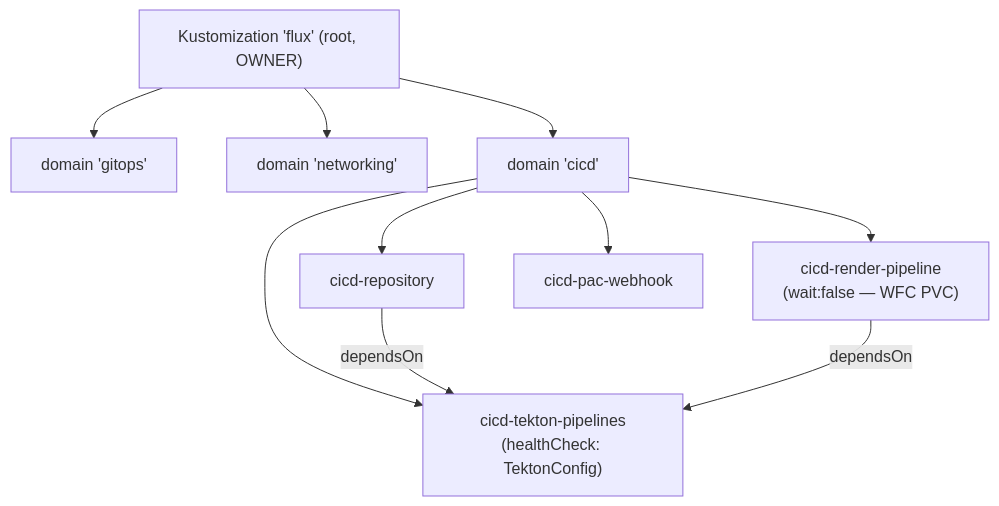
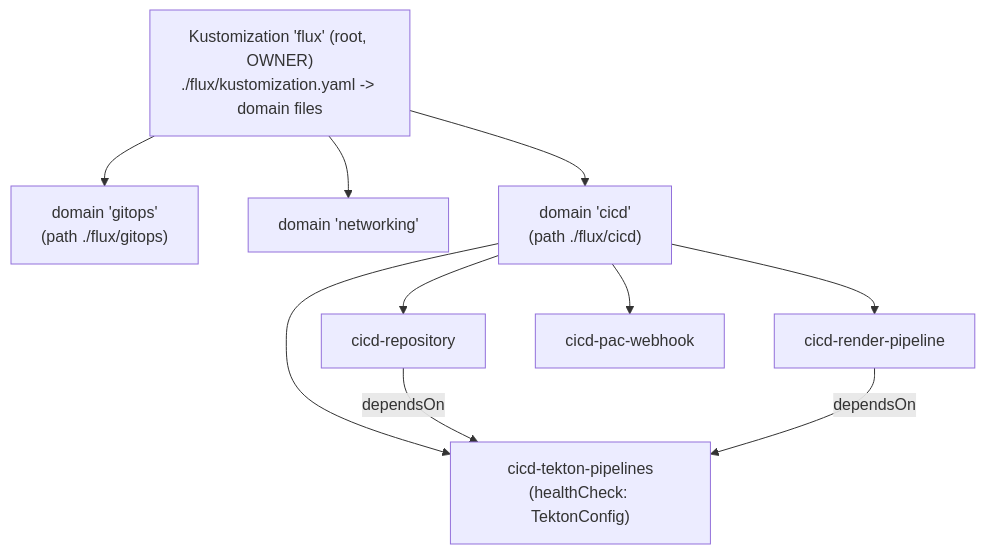
One commit to nxmatic/rke2lab changed the second of 2 diagrams in docs/architecture/manifests/flux-kustomization-planner.adoc. Above: the diagram before and after it, drawn with Mermaid. The commit also changed other lines of this file and 5 other files, not shown here.

First line of the commit message:
feat(manifests): Flux Kustomization planner v2 — derived CRD→CR edges, retire the global barrier, domain-scoped tree

```diff
--- a/docs/architecture/manifests/flux-kustomization-planner.adoc
+++ b/docs/architecture/manifests/flux-kustomization-planner.adoc
@@ -73,14 +106,14 @@
 [mermaid]
 ....
 flowchart TB
-  Root["Kustomization 'flux' (root, OWNER)"]
-  Root --> Dgit["domain 'gitops'"]
+  Root["Kustomization 'flux' (root, OWNER)<br/>./flux/kustomization.yaml -> domain files"]
+  Root --> Dgit["domain 'gitops'<br/>(path ./flux/gitops)"]
   Root --> Dnet["domain 'networking'"]
-  Root --> Dcicd["domain 'cicd'"]
+  Root --> Dcicd["domain 'cicd'<br/>(path ./flux/cicd)"]
   Dcicd --> Ktek["cicd-tekton-pipelines<br/>(healthCheck: TektonConfig)"]
   Dcicd --> Krepo["cicd-repository"]
-  Dcicd --> Krender["cicd-render-pipeline<br/>(wait:false — WFC PVC)"]
+  Dcicd --> Krender["cicd-render-pipeline"]
   Dcicd --> Khook["cicd-pac-webhook"]
   Krepo -->|dependsOn| Ktek
   Krender -->|dependsOn| Ktek
 ....
```
